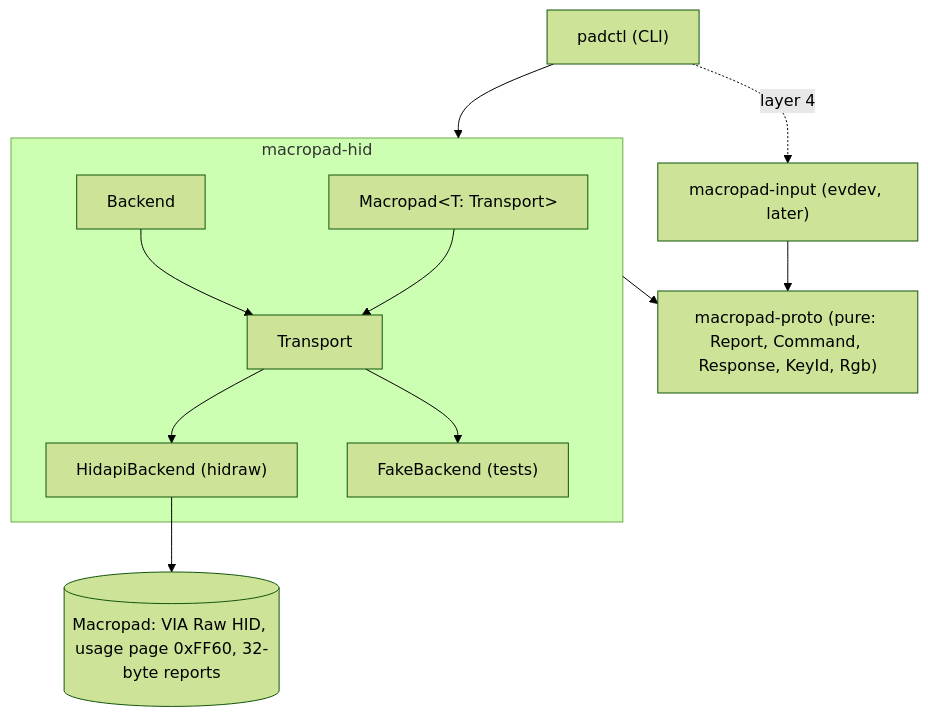
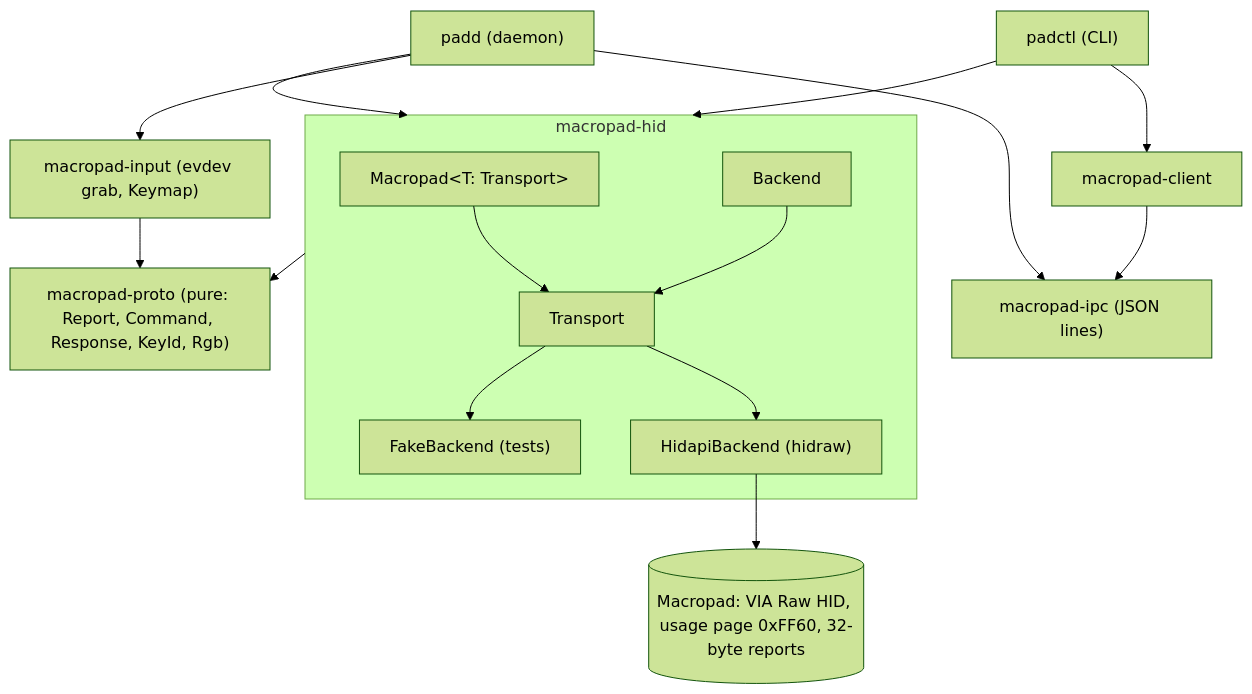
The diagram in README.md (golgor/fw16-macropad), drawn with Mermaid (forest theme) before and after one commit. The commit also changed other lines of this file and 37 other files, not shown here.

First line of the commit message:
Layer 3: padd daemon and claims (design + implementation) (#3)

````diff
--- a/README.md
+++ b/README.md
@@ -22,14 +24,17 @@
 ```mermaid
 flowchart TD
     padctl["padctl (CLI)"] --> hid
-    padctl -. layer 4 .-> input
+    padctl --> client["macropad-client"] --> ipc["macropad-ipc (JSON lines)"]
+    padd["padd (daemon)"] --> ipc
+    padd --> hid
+    padd --> input
     subgraph hid["macropad-hid"]
         Macropad["Macropad&lt;T: Transport&gt;"] --> Transport
         Backend --> Transport
         Transport --> Hidapi["HidapiBackend (hidraw)"]
         Transport --> Fake["FakeBackend (tests)"]
     end
     hid --> proto["macropad-proto (pure: Report, Command, Response, KeyId, Rgb)"]
-    input["macropad-input (evdev, later)"] --> proto
+    input["macropad-input (evdev grab, Keymap)"] --> proto
     Hidapi --> dev[("Macropad: VIA Raw HID, usage page 0xFF60, 32-byte reports")]
 ```
````
